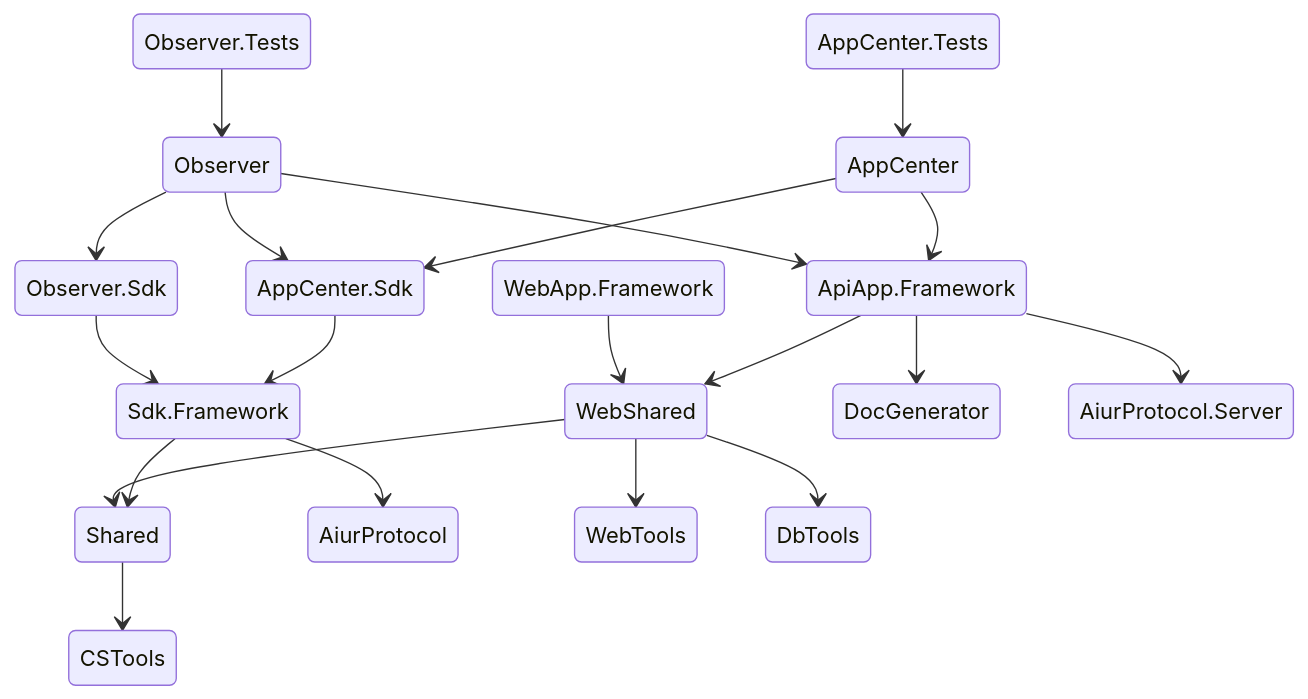
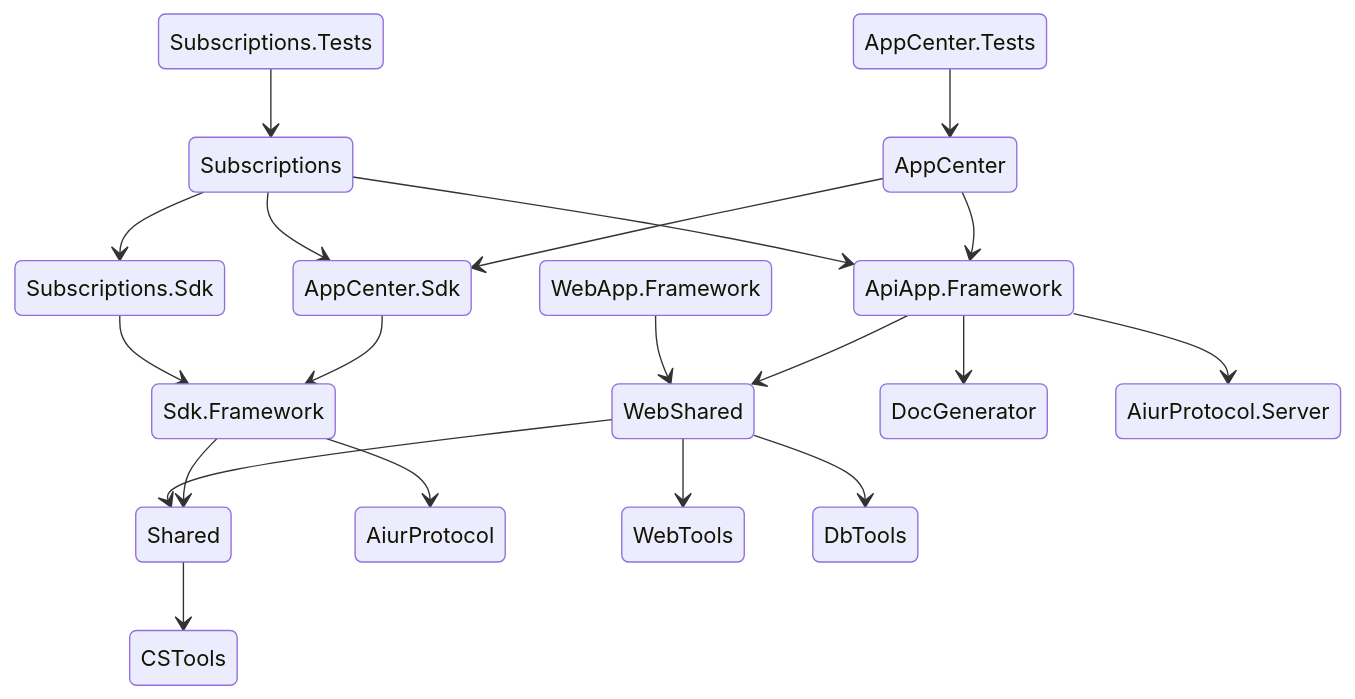
One commit to AiursoftWeb/Infra changed the second of 2 diagrams in docs/design/structure.md. Above: the diagram before and after it, drawn with Mermaid. The commit also changed other lines of this file and 15 other files, not shown here.

````diff
--- a/docs/design/structure.md
+++ b/docs/design/structure.md
@@ -18,22 +19,22 @@
 ```mermaid
 stateDiagram-v2
     Shared --> CSTools
     Sdk.Framework --> Shared
     Sdk.Framework --> AiurProtocol
     ApiApp.Framework --> WebShared
     ApiApp.Framework --> DocGenerator
     ApiApp.Framework --> AiurProtocol.Server
     WebApp.Framework --> WebShared
     WebShared --> WebTools
     WebShared --> Shared
     WebShared --> DbTools
     AppCenter --> ApiApp.Framework
     AppCenter --> AppCenter.Sdk
     AppCenter.Tests --> AppCenter
     AppCenter.Sdk --> Sdk.Framework
-    Observer --> ApiApp.Framework
-    Observer --> AppCenter.Sdk
-    Observer --> Observer.Sdk
-    Observer.Tests --> Observer
-    Observer.Sdk --> Sdk.Framework
+    Subscriptions --> ApiApp.Framework
+    Subscriptions --> AppCenter.Sdk
+    Subscriptions --> Subscriptions.Sdk
+    Subscriptions.Tests --> Subscriptions
+    Subscriptions.Sdk --> Sdk.Framework
 ```
````
